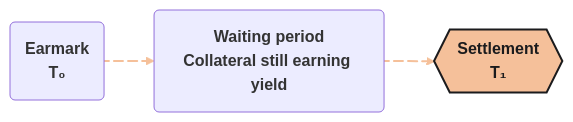
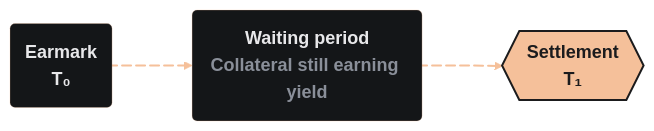
The third of 3 diagrams in docs/user/concepts/redemption-rate.md (alchemix-finance/alchemix-v3-docs), drawn with Mermaid before and after one commit. The commit also changed other lines of this file and 26 other files, not shown here.

````diff
--- a/docs/user/concepts/redemption-rate.md
+++ b/docs/user/concepts/redemption-rate.md
@@ -155,25 +153,25 @@
 ```mermaid
 %%{init: {
-  ‘theme’: ‘base’,
-  ‘themeVariables’: {
-    ‘fontFamily’: ‘Montserrat’,
-    ‘primaryColor’: ‘#141618’,
-    ‘primaryBorderColor’: ‘rgba(245,192,154,0.25)’,
-    ‘primaryTextColor’: ‘#e8e8ea’,
-    ‘lineColor’: ‘#f5c09a’,
-    ‘edgeLabelBackground’: ‘#0d0e10’,
-    ‘tertiaryColor’: ‘#141618’,
-    ‘fontSize’: ‘18px’
+  'theme': 'base',
+  'themeVariables': {
+    'fontFamily': 'Montserrat',
+    'primaryColor': '#141618',
+    'primaryBorderColor': 'rgba(245,192,154,0.25)',
+    'primaryTextColor': '#e8e8ea',
+    'lineColor': '#f5c09a',
+    'edgeLabelBackground': '#0d0e10',
+    'tertiaryColor': '#141618',
+    'fontSize': '18px'
   },
-  ‘flowchart’: { ‘curve’: ‘monotoneX’, ‘nodeSpacing’: 100, ‘rankSpacing’: 80 }
+  'flowchart': { 'curve': 'monotoneX', 'nodeSpacing': 100, 'rankSpacing': 80 }
 }}%%
 flowchart LR
     classDef default font-weight:bold;
 
-    A(Earmark<br/><b>T₀</b>) e1@--> B(Waiting period<br/><span style=’color:#8a8f99’>Collateral still earning yield</span>) e2@--> C{{Settlement<br/><b>T₁</b>}}
+    A(Earmark<br/><b>T₀</b>) e1@--> B(Waiting period<br/><span style='color:#8a8f99'>Collateral still earning yield</span>) e2@--> C{{Settlement<br/><b>T₁</b>}}
 
     style C fill:#f5c09a,stroke:#1b1b1d,stroke-width:2px,color:#1b1b1d
     linkStyle 0,1 stroke:#f5c09a,stroke-width:2px
     e1@{ animation: slow }
     e2@{ animation: fast }
 ```
````
